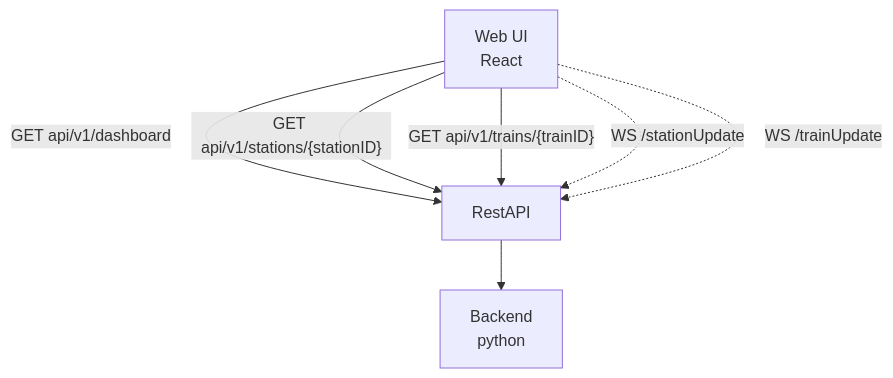
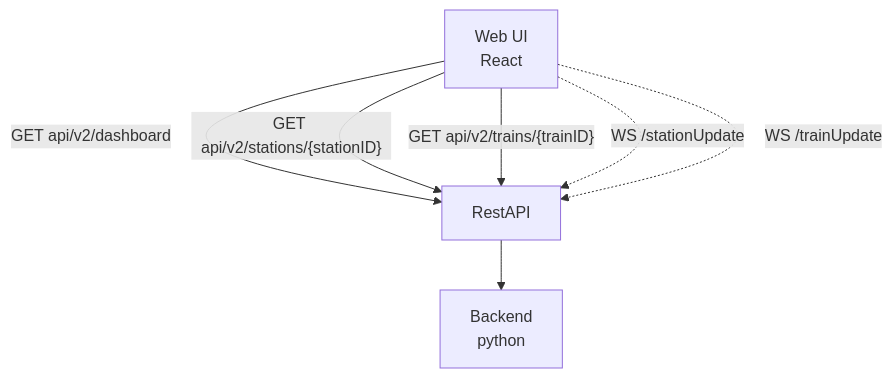
The diagram in contracts/positioning-interface/v2/README.md (aau-cph-sw5/case-b-manning-patrol), drawn with Mermaid before and after one commit. The commit also changed other lines of this file, not shown here.

Commit message:
- refactored v1 to v2 in diagram read.me

````diff
--- a/contracts/positioning-interface/v2/README.md
+++ b/contracts/positioning-interface/v2/README.md
@@ -7,9 +7,9 @@
 ```mermaid
 graph TD
-    WebUI[Web UI\nReact] -->|"GET api/v1/dashboard"| RestAPI
-    WebUI -->|"GET api/v1/stations/{stationID}"| RestAPI
-    WebUI -->|"GET api/v1/trains/{trainID}"| RestAPI
+    WebUI[Web UI\nReact] -->|"GET api/v2/dashboard"| RestAPI
+    WebUI -->|"GET api/v2/stations/{stationID}"| RestAPI
+    WebUI -->|"GET api/v2/trains/{trainID}"| RestAPI
     WebUI -.->|"WS /stationUpdate"| RestAPI
     WebUI -.->|"WS /trainUpdate"| RestAPI
     RestAPI[RestAPI] --> Backend[Backend\npython]
 ```
````
